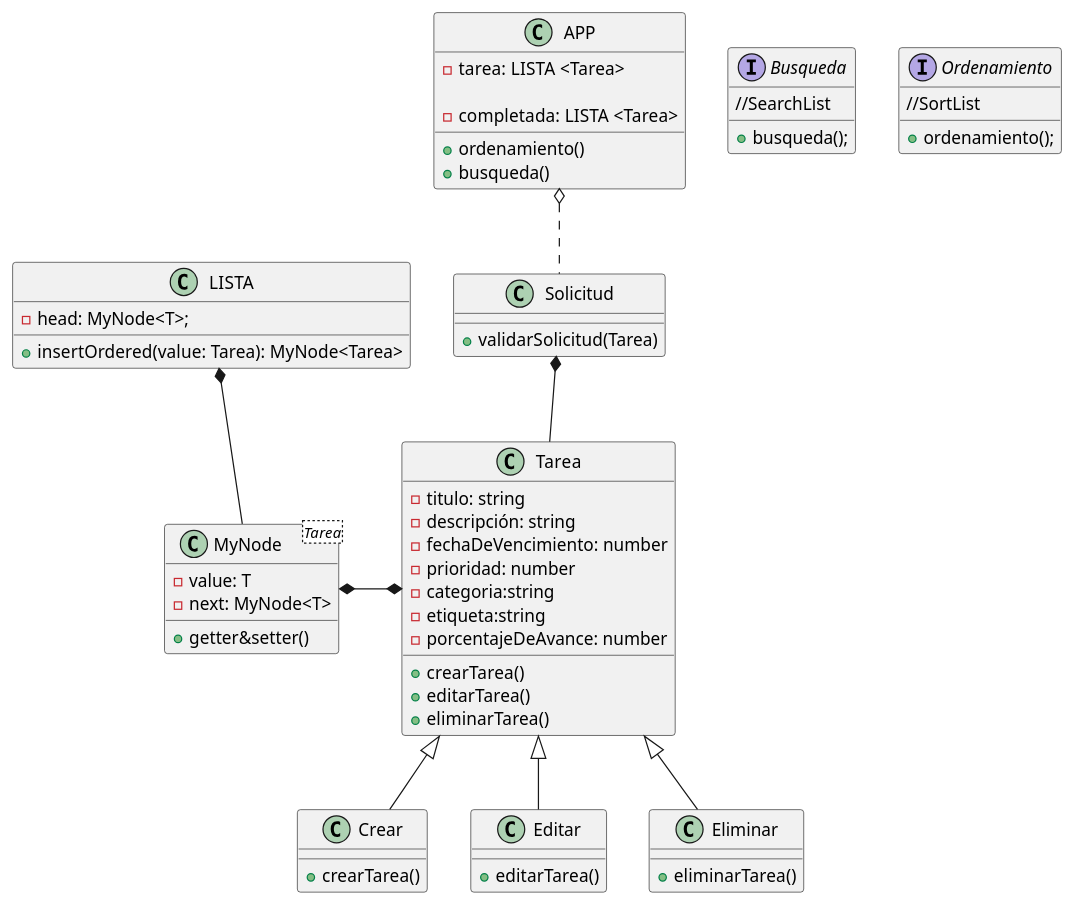
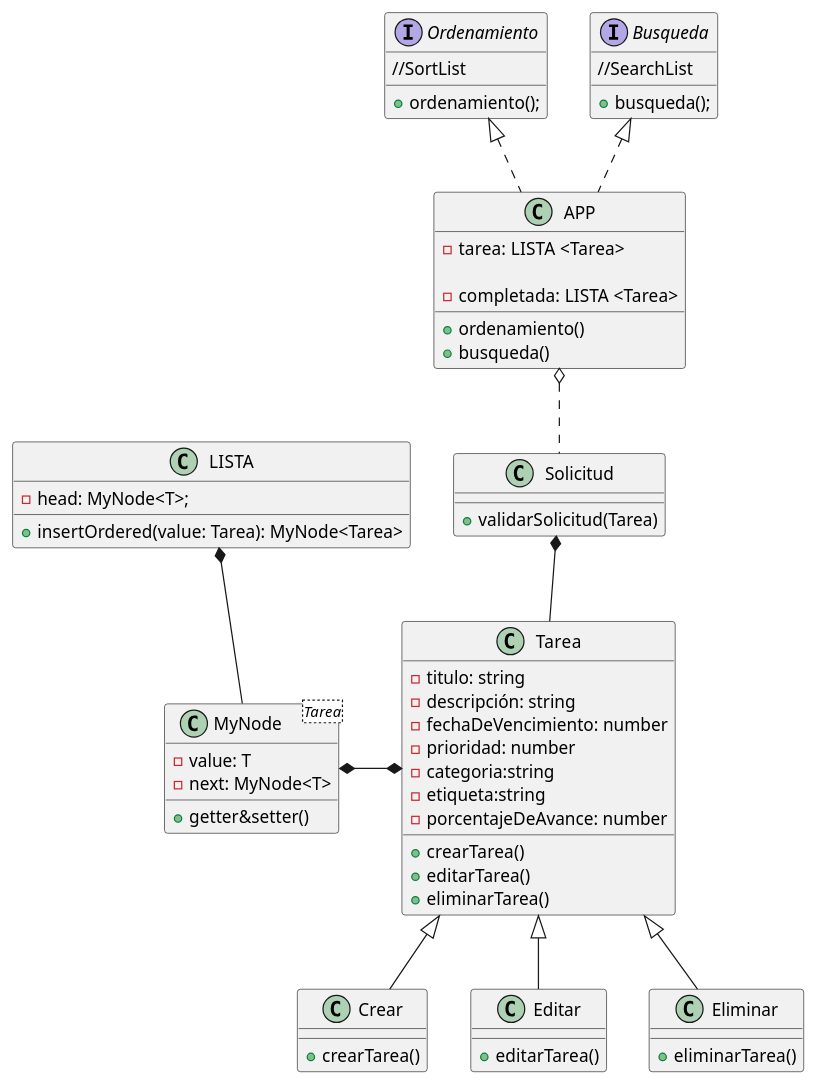
Before and after one commit to LucasFrey-tech/TODO-LIST: the diagram in Diagram/Diagrama.puml, drawn with PlantUML. The commit also changed 4 other files, not shown here.

```diff
--- a/Diagram/Diagrama.puml
+++ b/Diagram/Diagrama.puml
@@ -1,81 +1,79 @@
 @startuml TaskerApp
 
 class APP{
     - tarea: LISTA <Tarea>
 
     - completada: LISTA <Tarea>
     
     + ordenamiento()
     + busqueda()
 }
 
 class Solicitud {
     + validarSolicitud(Tarea)
 }
 
 'ver si es clase abstracta o anormal
 
 class Tarea{
     - titulo: string
     - descripción: string
     - fechaDeVencimiento: number
     - prioridad: number
     - categoria:string
     - etiqueta:string
     - porcentajeDeAvance: number
 
     +crearTarea()
     +editarTarea()
     +eliminarTarea()
 
 }
 
 class Crear extends Tarea{
     + crearTarea()
 }
 
 class Editar extends Tarea{
     + editarTarea()
 }
 
 class Eliminar extends Tarea{
     + eliminarTarea()
 }
 
 interface Busqueda{
     + busqueda();
         //SearchList
 
 }
 
 interface Ordenamiento{
     + ordenamiento();
         //SortList
 }
 
 class LISTA{
     - head: MyNode<T>;
     + insertOrdered(value: Tarea): MyNode<Tarea>
 }
 
 class MyNode<Tarea>{
     - value: T
     - next: MyNode<T>
 
     + getter&setter()
 
 }
 
 APP o.. Solicitud
-
+APP .u.|> Busqueda
+APP .u.|> Ordenamiento
 
 Solicitud *-d- Tarea
-
-'Busqueda -- 
-'Ordenamiento--
 
 LISTA *-- MyNode
 
 Tarea *-l-* MyNode
 
 @enduml
```
